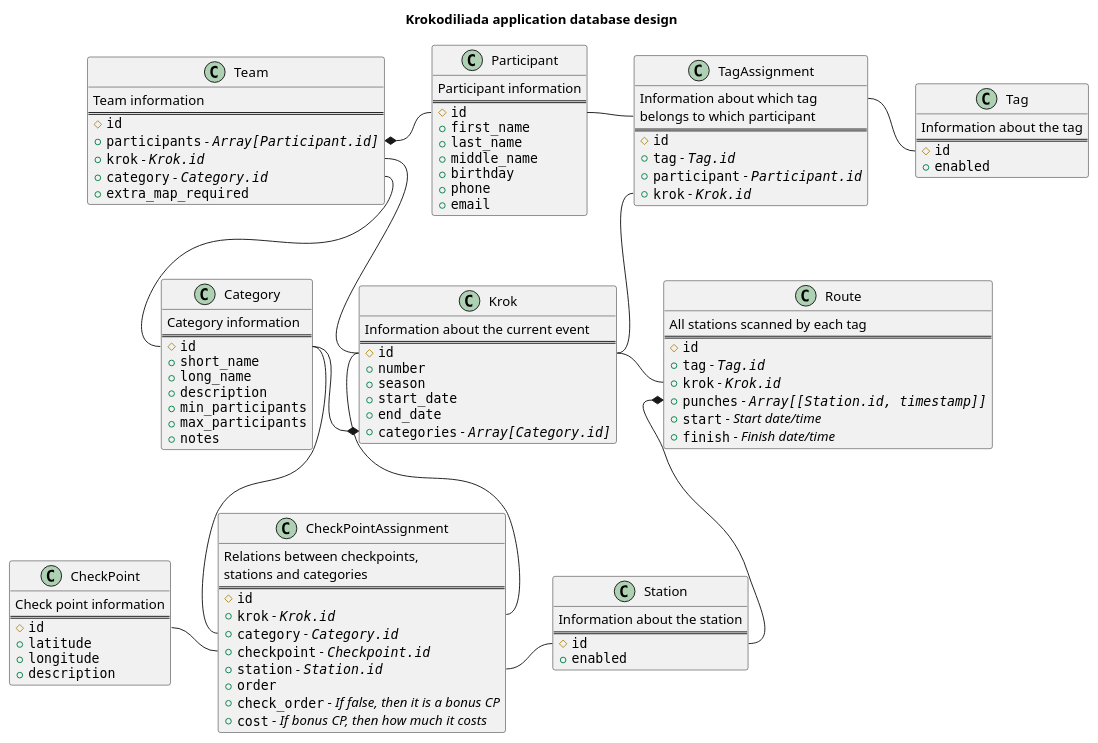
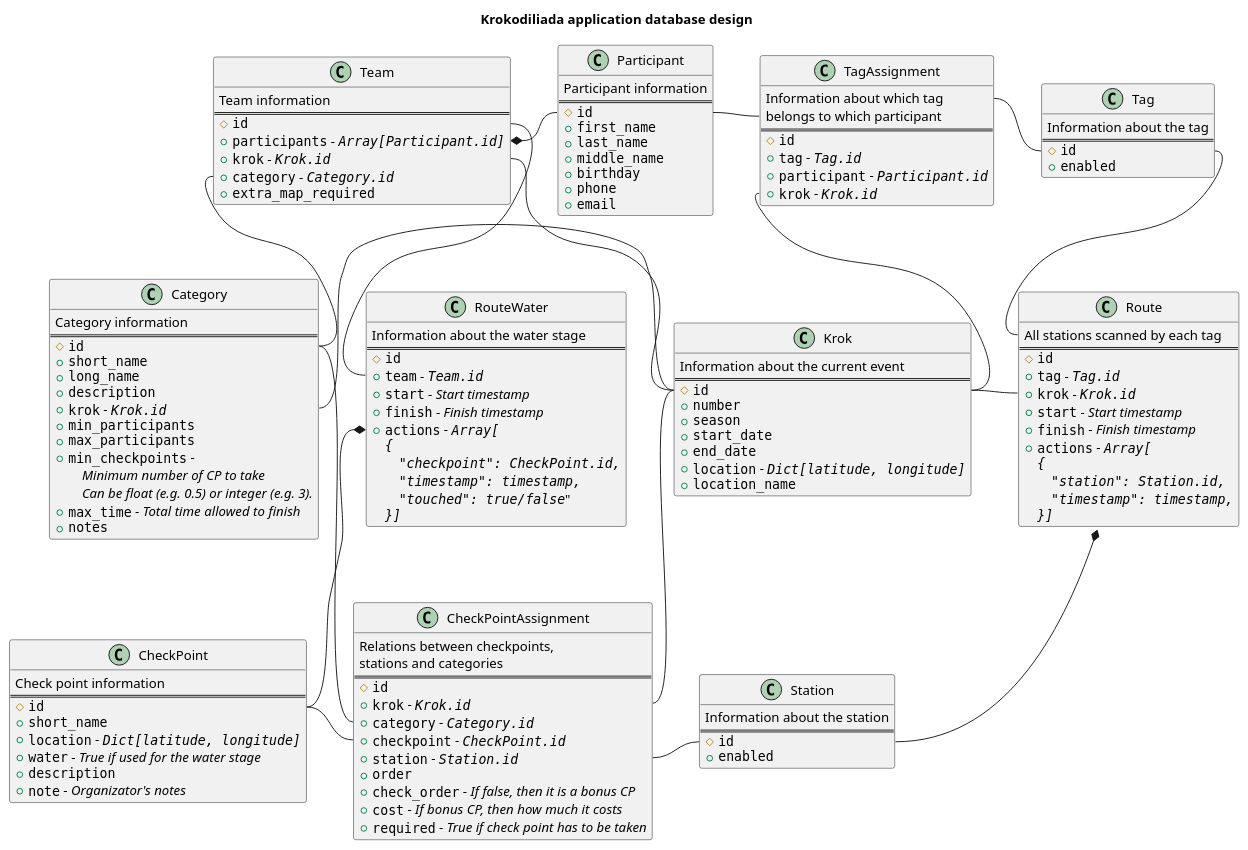
One commit to krokodiliada/krokapi changed the diagram in schema/schema.puml. Above: the diagram before and after it, drawn with PlantUML. The commit also changed 1 other file, not shown here.

Commit message:
Updated the database schema diagram

```diff
--- a/schema/schema.puml
+++ b/schema/schema.puml
@@ -1,124 +1,155 @@
 @startuml
 
 title Krokodiliada application database design
 
 ' skinparam linetype ortho
 
 class Participant {
   Participant information
   ==
   #""id""
   +""first_name""
   +""last_name""
   +""middle_name""
   +""birthday""
   +""phone""
   +""email""
 }
 
 class Team {
   Team information
   ==
   #""id""
   +""participants"" - //""Array[Participant.id]""//
   +""krok"" - //""Krok.id""//
   +""category"" - //""Category.id""//
   +""extra_map_required""
 }
 
 class Krok {
   Information about the current event
   ==
   #""id""
   +""number""
   +""season""
   +""start_date""
   +""end_date""
-  +""categories"" - //""Array[Category.id]""//
+  +""location"" - //""Dict[latitude, longitude]""//
+  +""location_name""
 }
 
 class Category {
   Category information
   ==
   #""id""
   +""short_name""
   +""long_name""
   +""description""
+  +""krok"" - //""Krok.id""//
   +""min_participants""
   +""max_participants""
+  +""min_checkpoints"" -
+  //    Minimum number of CP to take//
+  //    Can be float (e.g. 0.5) or integer (e.g. 3).//
+  +""max_time"" - //Total time allowed to finish//
   +""notes""
 }
 
 class CheckPoint {
   Check point information
   ==
   #""id""
-  +""latitude""
-  +""longitude""
+  +""short_name""
+  +""location"" - //""Dict[latitude, longitude]""//
+  +""water"" - //True if used for the water stage//
   +""description""
+  +""note"" - //Organizator's notes//
 }
 
 class CheckPointAssignment {
   Relations between checkpoints,
   stations and categories
   ==
   #""id""
   +""krok"" - //""Krok.id""//
   +""category"" - //""Category.id""//
-  +""checkpoint"" - //""Checkpoint.id""//
+  +""checkpoint"" - //""CheckPoint.id""//
   +""station"" - //""Station.id""//
   +""order""
   +""check_order"" - //If false, then it is a bonus CP//
   +""cost"" - //If bonus CP, then how much it costs//
+  +""required"" - //True if check point has to be taken//
 }
 
 class Station {
   Information about the station
   ==
   #""id""
   +""enabled""
 }
 
 class Tag {
   Information about the tag
   ==
   #""id""
   +""enabled""
 }
 
 class TagAssignment {
   Information about which tag
   belongs to which participant
   ==
   #""id""
   +""tag"" - //""Tag.id""//
   +""participant"" - //""Participant.id""//
   +""krok"" - //""Krok.id""//
 }
 
 class Route {
   All stations scanned by each tag
   ==
   #""id""
   +""tag"" - //""Tag.id""//
   +""krok"" - //""Krok.id""//
-  +""punches"" - //""Array[~[Station.id, timestamp~]]""//
-  +""start"" - //Start date/time//
-  +""finish"" - //Finish date/time//
+  +""start"" - //Start timestamp//
+  +""finish"" - //Finish timestamp//
+  +""actions"" - //""Array[""//
+    //""{""//
+    //    ""~"station~": Station.id,""//
+    //    ""~"timestamp~": timestamp,""//
+    //""}]""//
+}
+
+class RouteWater {
+  Information about the water stage
+  ==
+  #""id""
+  +""team"" - //""Team.id""//
+  +""start"" - //Start timestamp//
+  +""finish"" - //Finish timestamp//
+  +""actions"" - //""Array[""//
+    //""{""//
+    //    ""~"checkpoint~": CheckPoint.id,""//
+    //    ""~"timestamp~": timestamp,""//
+    //    ""~"touched~": true/false""//"
+    //""}]""//
 }
 
 Team::participant *-right- Participant::id
 Team::krok -- Krok::id
 Team::category -down- Category::id
-Krok::categories *-left- Category::id
+Krok::id -left- Category::krok
 CheckPointAssignment::krok -up- Krok::id
 CheckPointAssignment::category -left- Category::id
 CheckPointAssignment::checkpoint -left- CheckPoint::id
 CheckPointAssignment::station -right- Station::id
 TagAssignment::tag -right- Tag::id
 TagAssignment::krok -- Krok::id
 TagAssignment::participant -left- Participant::id
+Route::tag -up- Tag::id
 Route::krok -left- Krok::id
 Route::punches *-[norank]- Station::id
+RouteWater::team -up- Team::id
+RouteWater::actions *-[norank]- CheckPoint::id
 
 @enduml
```
